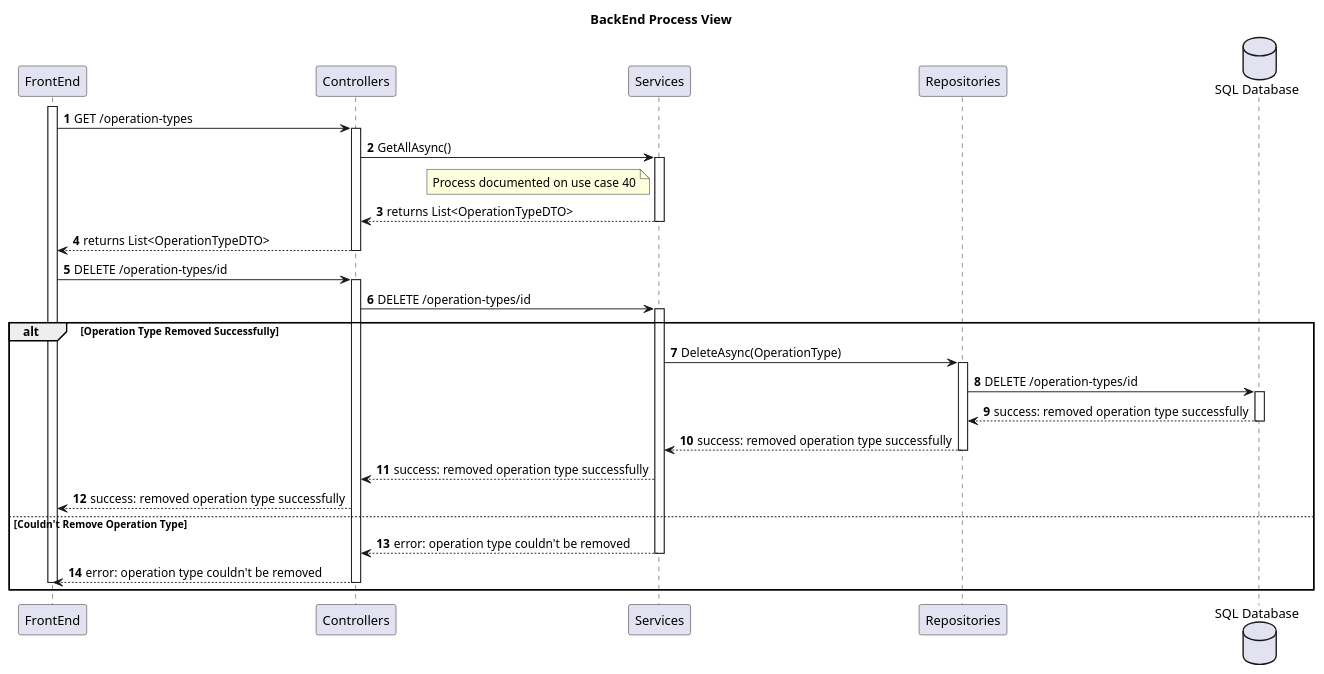
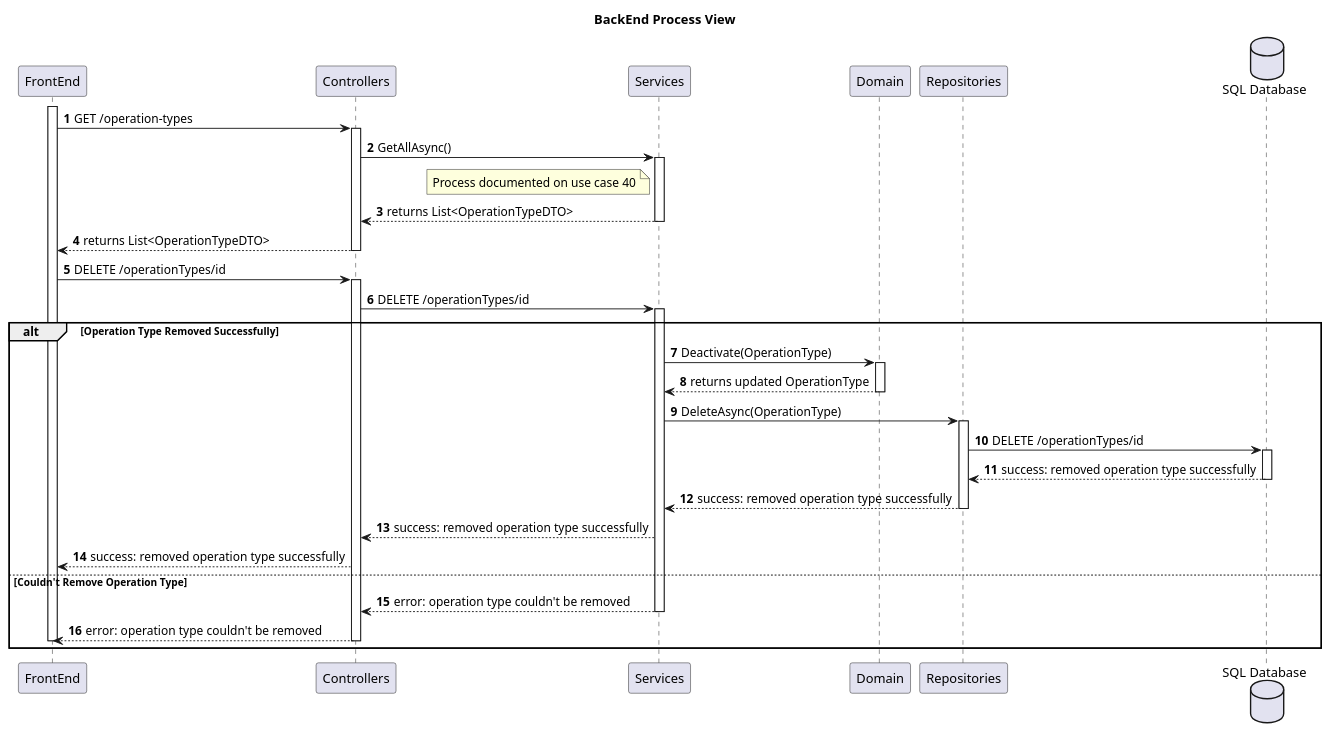
Before and after one commit to MiguelCardoso77/SurgicalSync-BackEnd: the diagram in docs/SprintA/39-remove-operation-types/level3/backend-process-view.puml, drawn with PlantUML. The commit also changed 6 other files, not shown here.

```diff
--- a/docs/SprintA/39-remove-operation-types/level3/backend-process-view.puml
+++ b/docs/SprintA/39-remove-operation-types/level3/backend-process-view.puml
@@ -1,62 +1,69 @@
 @startuml
 autonumber
 
 title BackEnd Process View
 
 participant "FrontEnd" as FE
 participant "Controllers" as CN
 participant "Services" as SV
+participant "Domain" as DM
 participant "Repositories" as REPO
 database "SQL Database" as SQL
 
 activate FE
     FE -> CN : GET /operation-types
     activate CN
         
         CN -> SV : GetAllAsync()
         activate SV
         
             note left of SV
                 Process documented on use case 40
             end note
             SV --> CN : returns List<OperationTypeDTO>
         deactivate SV
         
         CN --> FE : returns List<OperationTypeDTO>
     deactivate CN
 
-    FE -> CN: DELETE /operation-types/id
+    FE -> CN: DELETE /operationTypes/id
     activate CN
     
-        CN -> SV : DELETE /operation-types/id
+        CN -> SV : DELETE /operationTypes/id
         activate SV
         
 alt Operation Type Removed Successfully
+
+            SV -> DM : Deactivate(OperationType)
+            activate DM
+            
+                DM --> SV : returns updated OperationType
+            deactivate DM
                  
             SV -> REPO : DeleteAsync(OperationType)
             activate REPO
             
-                REPO -> SQL : DELETE /operation-types/id
+                REPO -> SQL : DELETE /operationTypes/id
                 activate SQL
                 
                     SQL --> REPO : success: removed operation type successfully
                 deactivate SQL
                 
                 REPO --> SV : success: removed operation type successfully
             deactivate REPO
             
 
             SV --> CN : success: removed operation type successfully
         FE <-- CN: success: removed operation type successfully
 
 else Couldn't Remove Operation Type
 
             SV --> CN : error: operation type couldn't be removed
         deactivate SV
         FE <-- CN: error: operation type couldn't be removed
     deactivate CN     
                
 deactivate FE
 end
 
 @enduml
```
